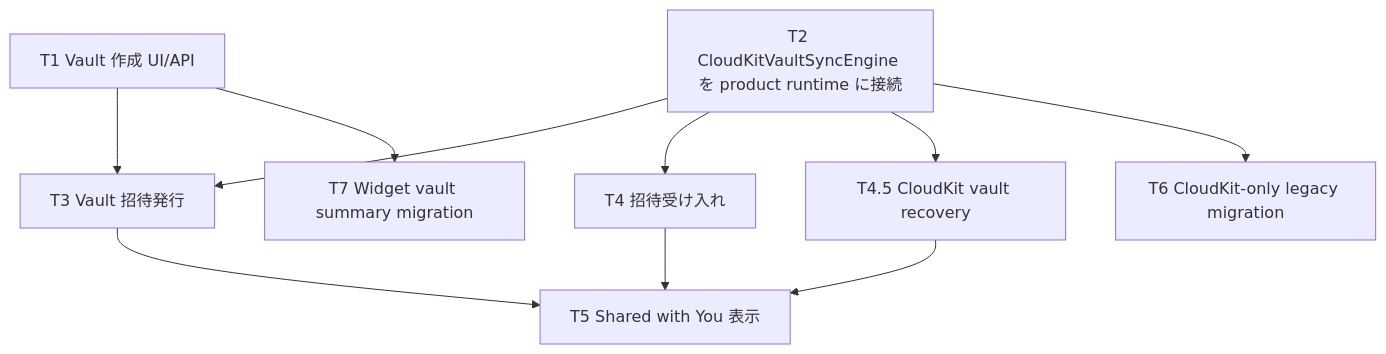
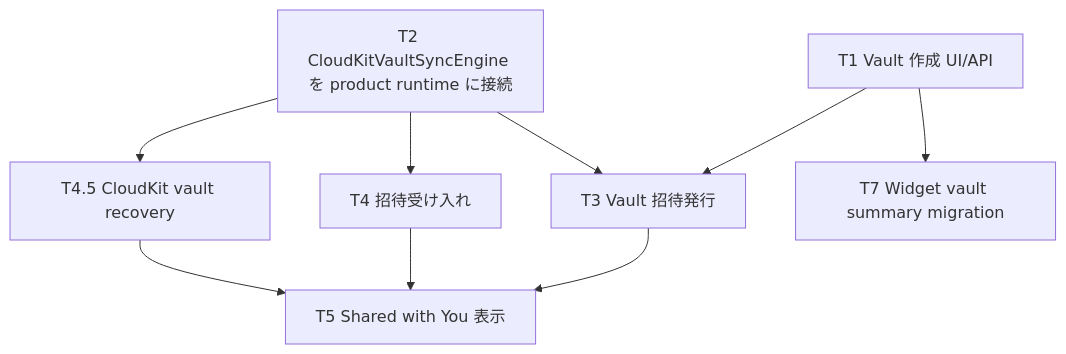
Before and after one commit to muukii/MuApps: the diagram in Apps/Journal/docs/VAULT_TASKS.md, drawn with Mermaid. The commit also changed other lines of this file and 95 other files, not shown here.

````diff
--- a/Apps/Journal/docs/VAULT_TASKS.md
+++ b/Apps/Journal/docs/VAULT_TASKS.md
@@ -29,21 +29,19 @@
 ```mermaid
 flowchart TD
   CreateVault["T1 Vault 作成 UI/API"]
   CloudKitRuntime["T2 CloudKitVaultSyncEngine を product runtime に接続"]
   ShareIssue["T3 Vault 招待発行"]
   AcceptInvite["T4 招待受け入れ"]
   Recovery["T4.5 CloudKit vault recovery"]
   SharedWithYou["T5 Shared with You 表示"]
-  Migration["T6 CloudKit-only legacy migration"]
   Widget["T7 Widget vault summary migration"]
 
   CreateVault --> ShareIssue
   CloudKitRuntime --> ShareIssue
   CloudKitRuntime --> AcceptInvite
   CloudKitRuntime --> Recovery
   ShareIssue --> SharedWithYou
   AcceptInvite --> SharedWithYou
   Recovery --> SharedWithYou
-  CloudKitRuntime --> Migration
   CreateVault --> Widget
 ```
````
